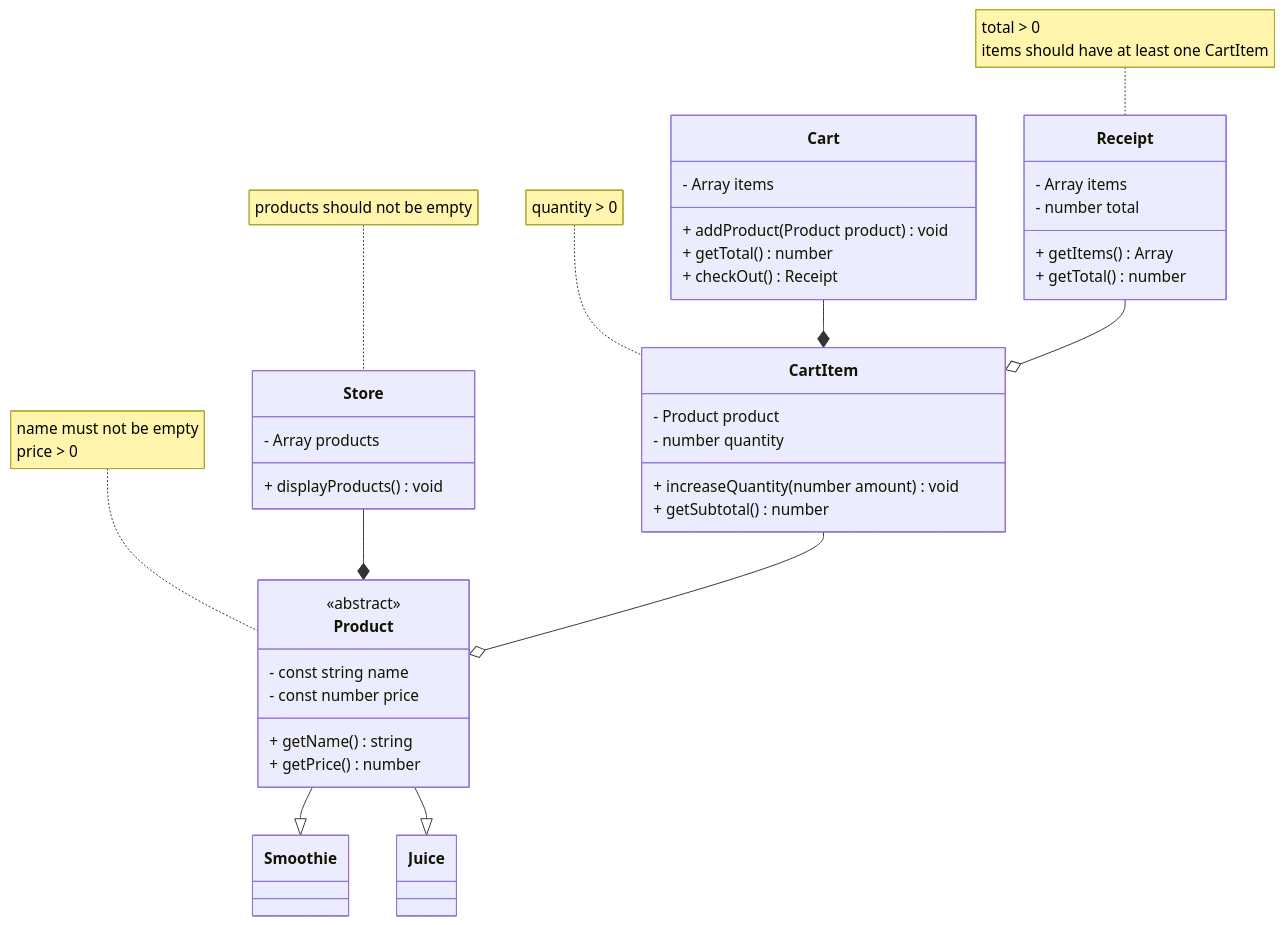
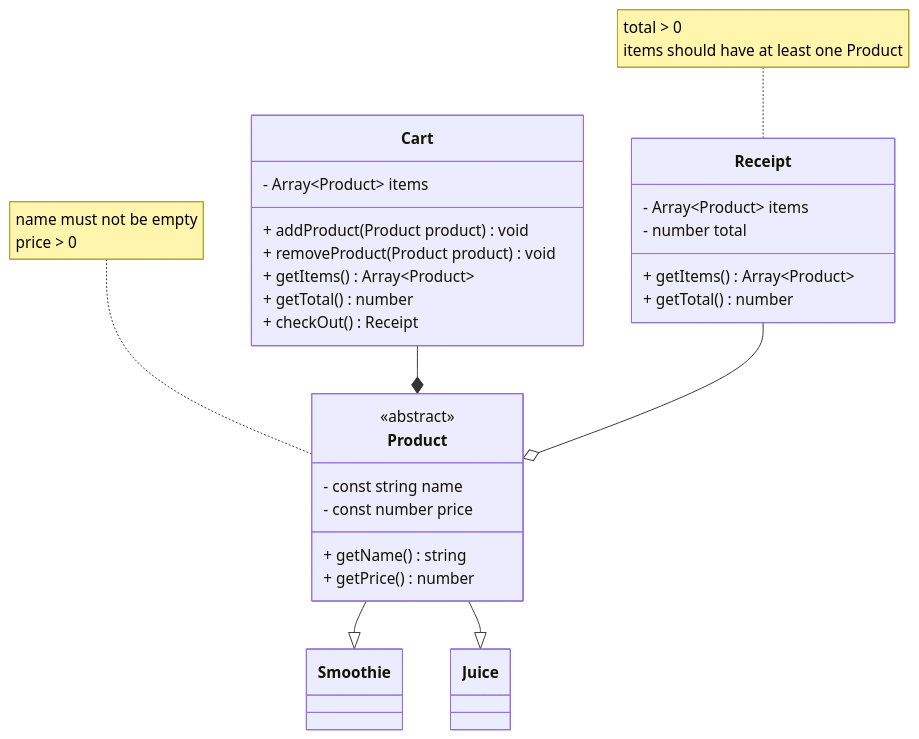
The diagram in domain.md (asantec2/cassy-project), drawn with Mermaid before and after one commit. The commit also changed 2 other files, not shown here.

Commit message:
Resubmissionof Phase 1 design

````diff
--- a/domain.md
+++ b/domain.md
@@ -9,68 +9,55 @@
 ```mermaid
 classDiagram
 
 class Product{
     <<abstract>>
     - const string name 
     - const number price
 
     + getName() string
     + getPrice() number
     
 }
 note for Product"
   name must not be empty
   price > 0
 
 "
 class Smoothie{
 
 }
  class Juice{
 
  }
  Product --|> Smoothie
  Product --|> Juice
 
-class CartItem{
-    - Product product
-    - number quantity
-    + increaseQuantity(number amount) void
-    + getSubtotal() number
-}
-note for CartItem"
-quantity > 0
-"
+
 class Cart{
-    - Array<CartItem> items
+    - Array~Product~ items
     + addProduct(Product product)void
+    + removeProduct(Product product) void
+    + getItems() Array~Product~
     + getTotal() number
     + checkOut() Receipt
 
 }
- class Store{
-    - Array<Product> products
-    + displayProducts() void
- }
- 
- note for Store"
- products should not be empty 
- "
+
  class Receipt{
-    - Array<CartItem> items
+    - Array~Product~ items
     - number total
-    + getItems() Array<CartItem>
+    + getItems() Array~Product~
     + getTotal() number
 
  }
  note for Receipt"
  total > 0
- items should have at least one CartItem
+ items should have at least one Product
  "
 
- Store --* Product
- CartItem --o Product
- Cart --* CartItem
- Receipt --o CartItem
+ 
+ 
+ Cart --* Product
+ Receipt --o Product
 
 ```
````
